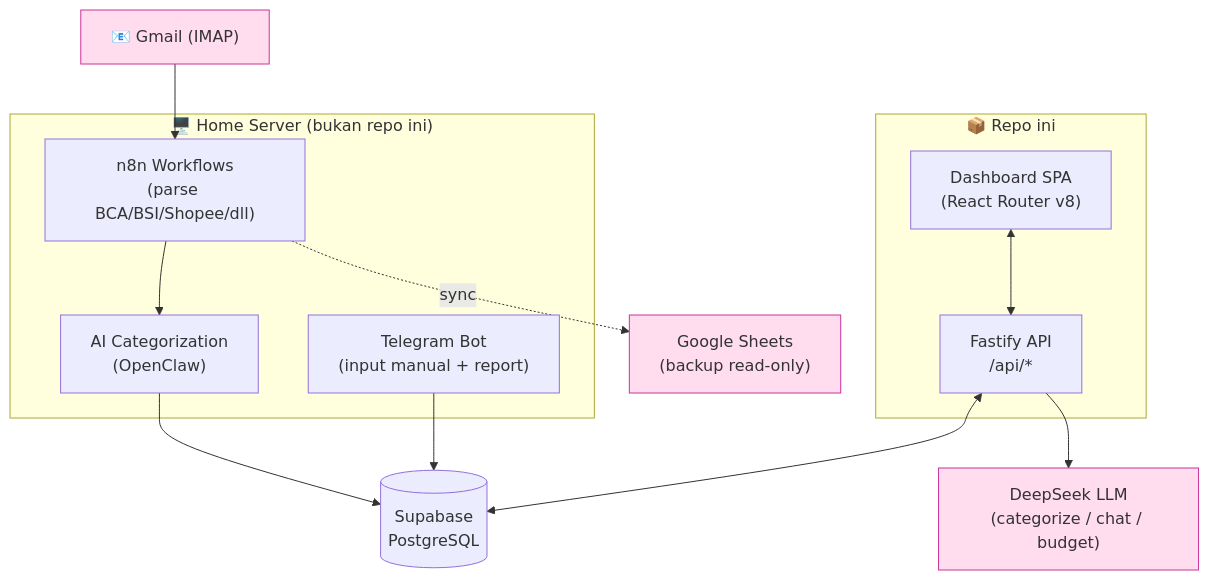
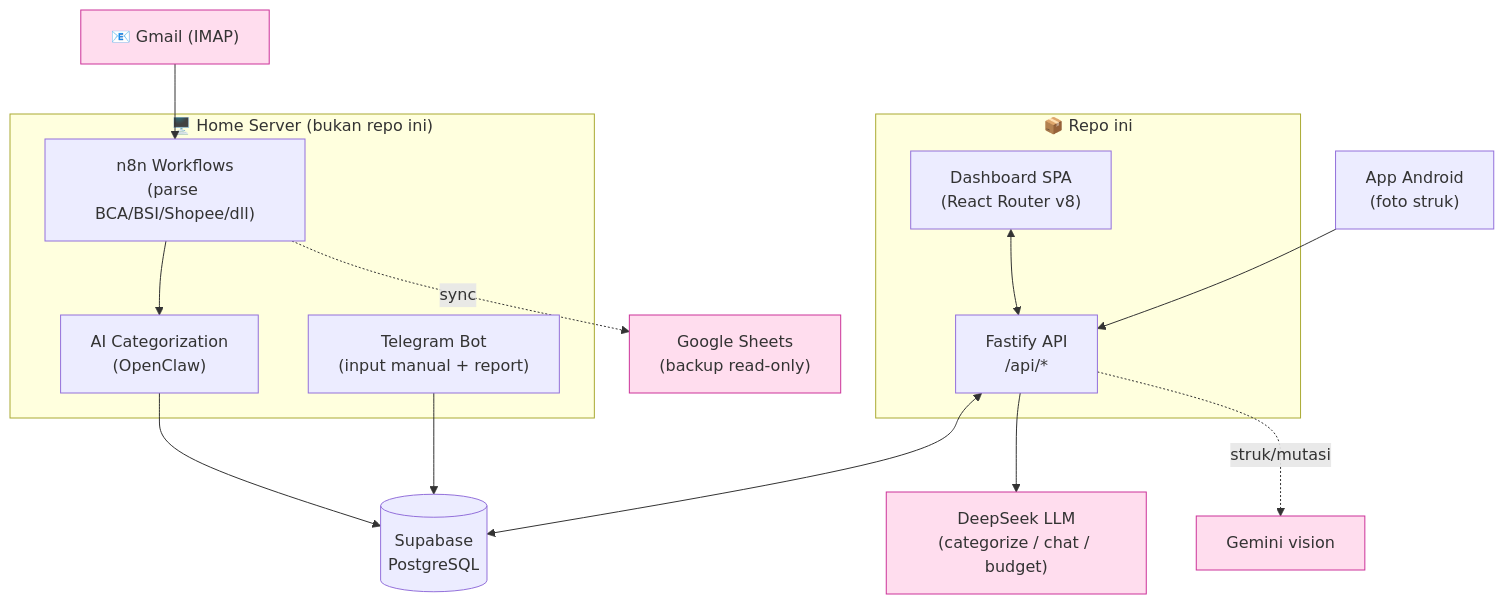
The first of 8 diagrams in docs/FEATURES.md (mrrizaldi/finance-projects), drawn with Mermaid before and after one commit. The commit also changed other lines of this file and 1 other file, not shown here.

First line of the commit message:
docs: rincian struk di FEATURES + status fase

````diff
--- a/docs/FEATURES.md
+++ b/docs/FEATURES.md
@@ -35,25 +36,27 @@
 ```mermaid
 flowchart TD
     Gmail["📧 Gmail (IMAP)"] --> N8N["n8n Workflows<br/>(parse BCA/BSI/Shopee/dll)"]
     N8N --> LLM1["AI Categorization<br/>(OpenClaw)"]
     LLM1 --> DB[("Supabase<br/>PostgreSQL")]
     N8N -. sync .-> Sheets["Google Sheets<br/>(backup read-only)"]
 
     Tele["Telegram Bot<br/>(input manual + report)"] --> DB
     SPA["Dashboard SPA<br/>(React Router v8)"] <--> API["Fastify API<br/>/api/*"]
     API <--> DB
     API --> LLM2["DeepSeek LLM<br/>(categorize / chat / budget)"]
+    Android["App Android<br/>(foto struk)"] --> API
+    API -. struk/mutasi .-> Gemini["Gemini vision"]
 
     subgraph server["🖥️ Home Server (bukan repo ini)"]
         N8N
         LLM1
         Tele
     end
     subgraph repo["📦 Repo ini"]
         SPA
         API
     end
 
     classDef ext fill:#fde,stroke:#c39
-    class Gmail,Sheets,LLM2 ext
+    class Gmail,Sheets,LLM2,Gemini ext
 ```
````
